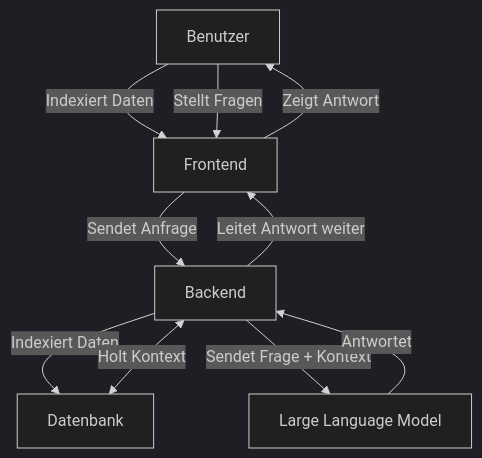
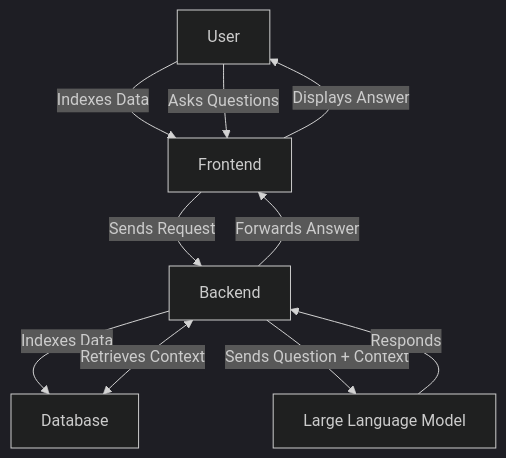
Before and after one commit to StellaSlad/HagenCopilot: the diagram in README.md, drawn with Mermaid (dark theme). The commit also changed other lines of this file, not shown here.

````diff
--- a/README.md
+++ b/README.md
@@ -83,12 +78,12 @@
 ```mermaid
 graph TD;
-    User[Benutzer] -->|Indexiert Daten| Frontend[Frontend];
-    User -->|Stellt Fragen| Frontend;
-    Frontend -->|Sendet Anfrage| Backend[Backend];
-    Backend -->|Indexiert Daten| Database[Datenbank];
-    Backend <-->|Holt Kontext| Database;
-    Backend -->|Sendet Frage + Kontext| LLM[Large Language Model];
-    LLM -->|Antwortet| Backend;
-    Backend -->|Leitet Antwort weiter| Frontend;
-    Frontend -->|Zeigt Antwort| User;
+    User[User] -->|Indexes Data| Frontend[Frontend];
+    User -->|Asks Questions| Frontend;
+    Frontend -->|Sends Request| Backend[Backend];
+    Backend -->|Indexes Data| Database[Database];
+    Backend <-->|Retrieves Context| Database;
+    Backend -->|Sends Question + Context| LLM[Large Language Model];
+    LLM -->|Responds| Backend;
+    Backend -->|Forwards Answer| Frontend;
+    Frontend -->|Displays Answer| User;
 ```
````
